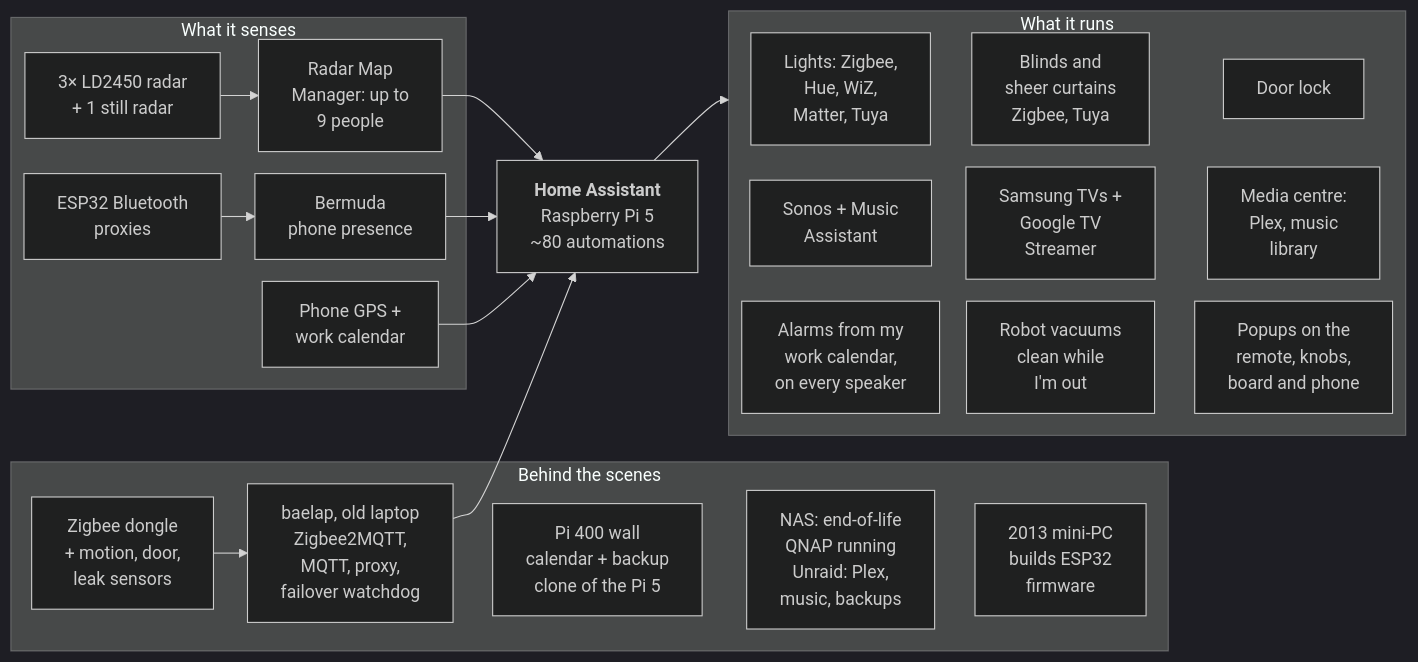
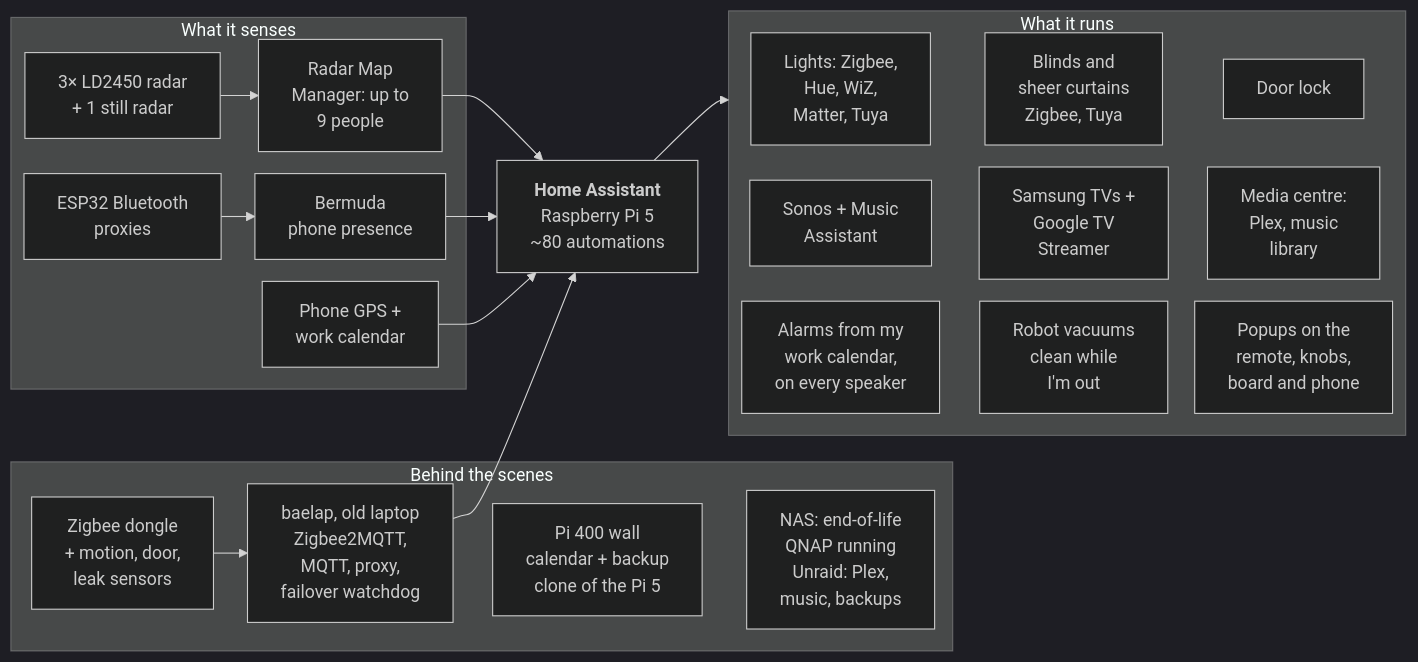
The diagram in README.md (baes-cloud/baes-cloud-home), drawn with Mermaid (dark theme) before and after one commit. The commit also changed other lines of this file and 8 other files, not shown here.

````diff
--- a/README.md
+++ b/README.md
@@ -95,27 +103,26 @@
 ```mermaid
 %%{init: {"flowchart": {"nodeSpacing": 20, "rankSpacing": 24}}}%%
 flowchart LR
   %% "Behind the scenes" is declared first so it sits along the bottom; ~~~ links are invisible and only position boxes
   subgraph Infra[Behind the scenes]
     Dongle[Zigbee dongle<br/>+ motion, door,<br/>leak sensors] --> Lap[baelap, old laptop<br/>Zigbee2MQTT,<br/>MQTT, proxy,<br/>failover watchdog]
     Pi400[Pi 400 wall<br/>calendar + backup<br/>clone of the Pi 5]
     NAS[NAS: end-of-life<br/>QNAP running<br/>Unraid: Plex,<br/>music, backups]
-    NUC[2013 mini-PC<br/>builds ESP32<br/>firmware]
   end
   subgraph Sense[What it senses]
     Radar[3× LD2450 radar<br/>+ 1 still radar] --> RMM[Radar Map<br/>Manager: up to<br/>9 people]
     BLE[ESP32 Bluetooth<br/>proxies] --> Bermuda[Bermuda<br/>phone presence]
     Cal[Phone GPS +<br/>work calendar]
   end
   Brain["<b>Home Assistant</b><br/>Raspberry Pi 5<br/>~80 automations"]
   subgraph Out[What it runs]
     Lights[Lights: Zigbee,<br/>Hue, WiZ,<br/>Matter, Tuya] ~~~ Blinds[Blinds and<br/>sheer curtains<br/>Zigbee, Tuya] ~~~ Door[Door lock]
     Sonos[Sonos + Music<br/>Assistant] ~~~ TVs[Samsung TVs +<br/>Google TV<br/>Streamer] ~~~ Media[Media centre:<br/>Plex, music<br/>library]
     Alarms[Alarms from my<br/>work calendar,<br/>on every speaker] ~~~ Robots["Robot vacuums<br/>clean while<br/>I'm out"] ~~~ Screens[Popups on the<br/>remote, knobs,<br/>board and phone]
   end
   RMM & Bermuda & Cal & Lap --> Brain
   Brain --> Out
   Brain ~~~ Lights & Sonos & Alarms
   Cal ~~~ Pi400
-  Lap ~~~ Pi400 ~~~ NAS ~~~ NUC
+  Lap ~~~ Pi400 ~~~ NAS
 ```
````
